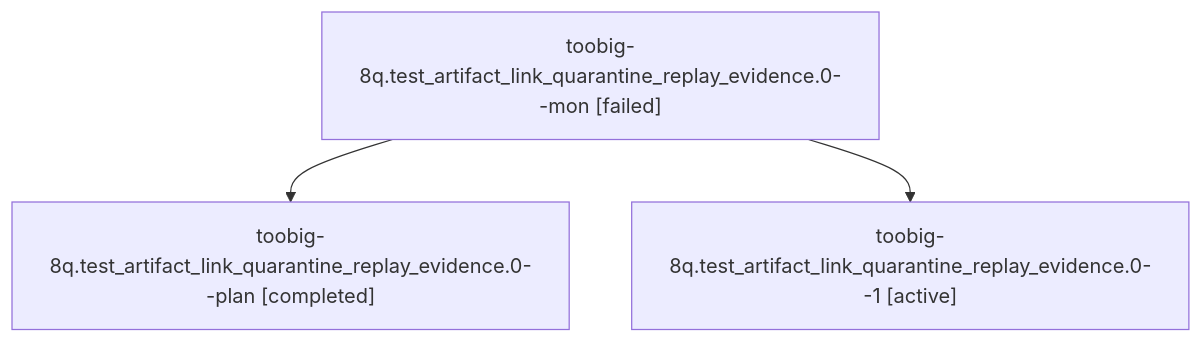
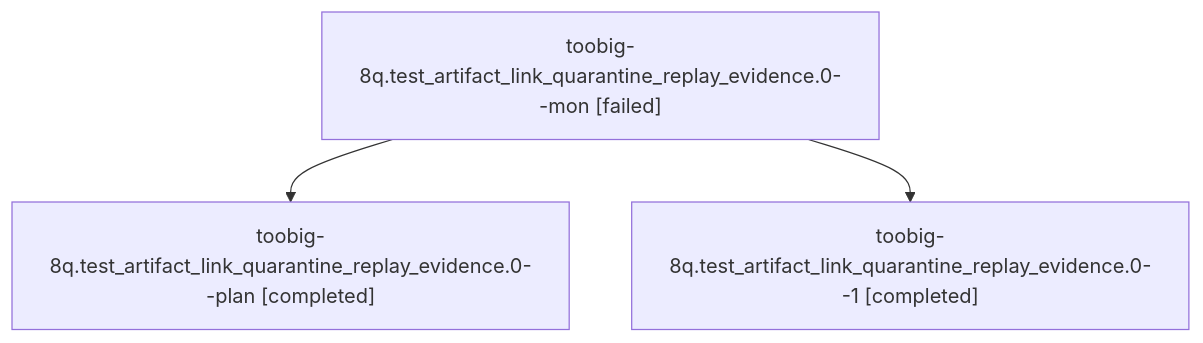
One commit to sase-org/sase--agents changed the diagram in sessions/bbugyi200.athena.toobig-8q.test_artifact_link_quarantine_replay_evidence.0.md. Above: the diagram before and after it, drawn with Mermaid. The commit also changed other lines of this file and 100 other files, not shown here.

````diff
--- a/sessions/bbugyi200.athena.toobig-8q.test_artifact_link_quarantine_replay_evidence.0.md
+++ b/sessions/bbugyi200.athena.toobig-8q.test_artifact_link_quarantine_replay_evidence.0.md
@@ -9,8 +9,8 @@
 ```mermaid
 flowchart TD
   n0["toobig-8q.test_artifact_link_quarantine_replay_evidence.0--mon [failed]"]
   n1["toobig-8q.test_artifact_link_quarantine_replay_evidence.0--plan [completed]"]
   n0 --> n1
-  n2["toobig-8q.test_artifact_link_quarantine_replay_evidence.0--1 [active]"]
+  n2["toobig-8q.test_artifact_link_quarantine_replay_evidence.0--1 [completed]"]
   n0 --> n2
 ```
````
